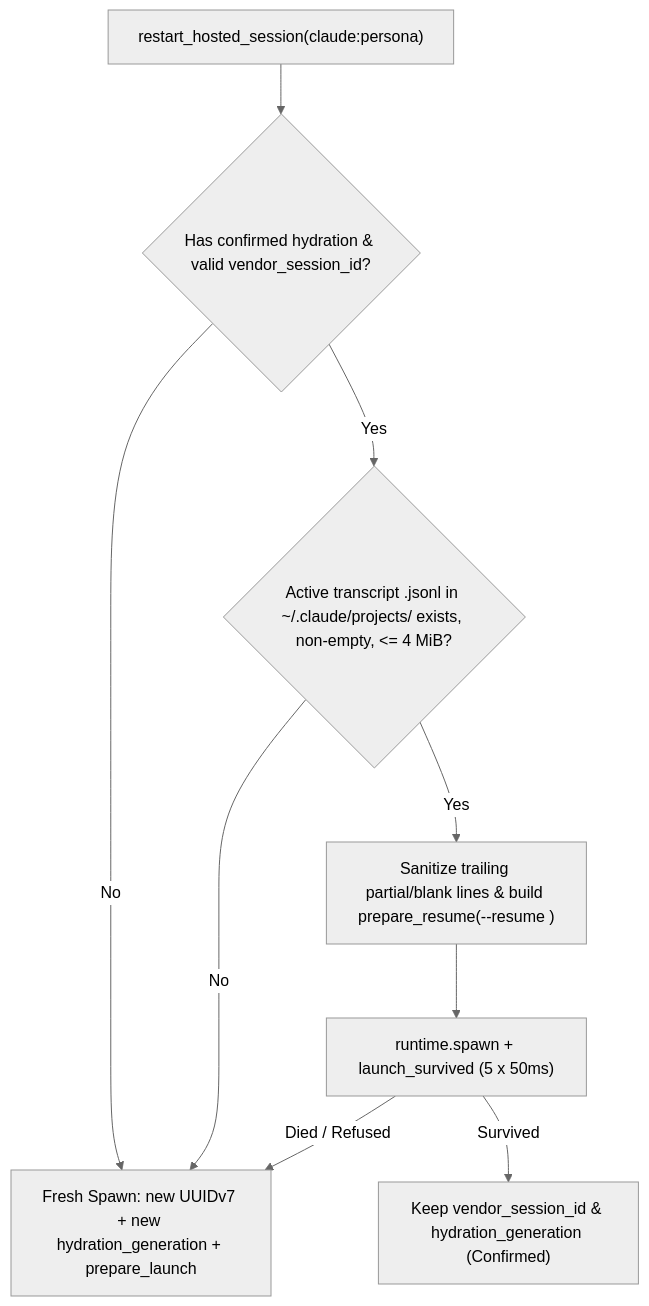
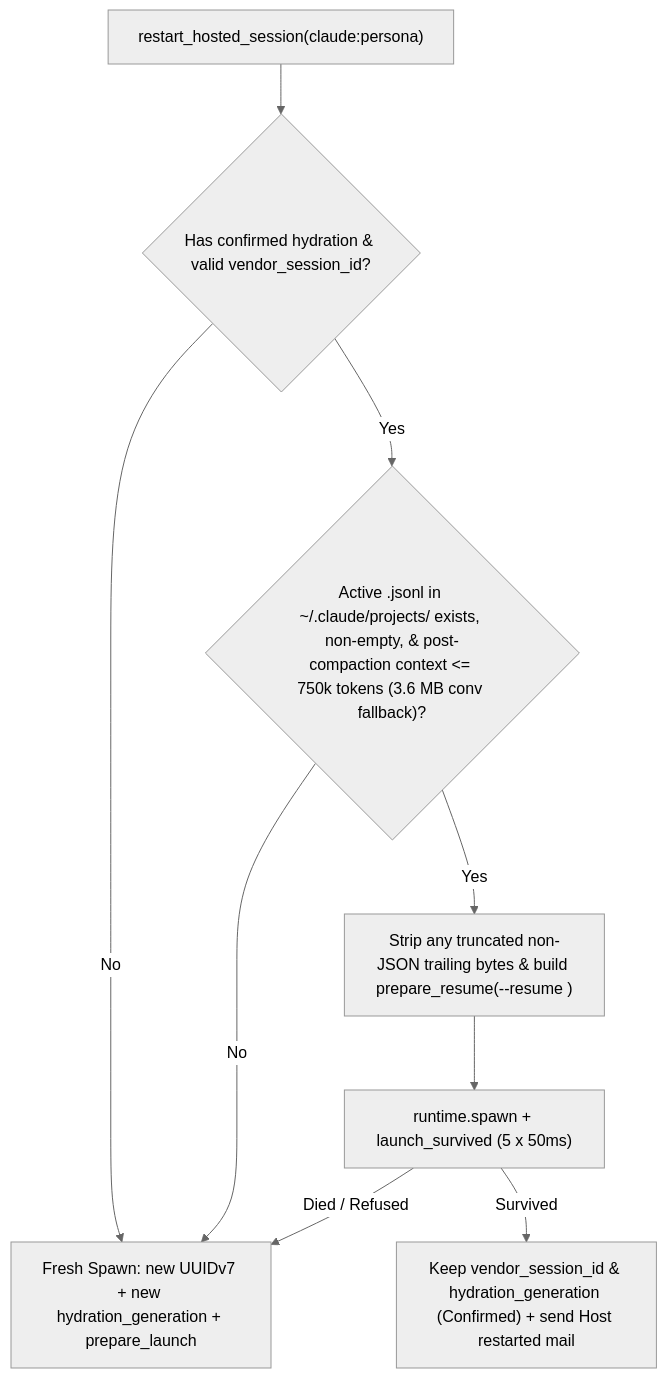
Before and after one commit to Artificial-Humanity/FerroLoop: the diagram in docs/superpowers/specs/2026-11-09-claude-resume-on-respawn-433-design.md, drawn with Mermaid (neutral theme). The commit also changed other lines of this file, not shown here.

````diff
--- a/docs/superpowers/specs/2026-11-09-claude-resume-on-respawn-433-design.md
+++ b/docs/superpowers/specs/2026-11-09-claude-resume-on-respawn-433-design.md
@@ -206,11 +313,11 @@
 ```mermaid
 flowchart TD
     A["restart_hosted_session(claude:persona)"] --> B{"Has confirmed hydration & valid vendor_session_id?"}
     B -- "No" --> F["Fresh Spawn: new UUIDv7 + new hydration_generation + prepare_launch"]
-    B -- "Yes" --> C{"Active transcript <id>.jsonl in ~/.claude/projects/ exists, non-empty, <= 4 MiB?"}
+    B -- "Yes" --> C{"Active <id>.jsonl in ~/.claude/projects/ exists, non-empty, & post-compaction context <= 750k tokens (3.6 MB conv fallback)?"}
     C -- "No" --> F
-    C -- "Yes" --> D["Sanitize trailing partial/blank lines & build prepare_resume(--resume <id>)"]
+    C -- "Yes" --> D["Strip any truncated non-JSON trailing bytes & build prepare_resume(--resume <id>)"]
     D --> E["runtime.spawn + launch_survived (5 x 50ms)"]
-    E -- "Survived" --> G["Keep vendor_session_id & hydration_generation (Confirmed)"]
+    E -- "Survived" --> G["Keep vendor_session_id & hydration_generation (Confirmed) + send Host restarted mail"]
     E -- "Died / Refused" --> F
 ```
````
